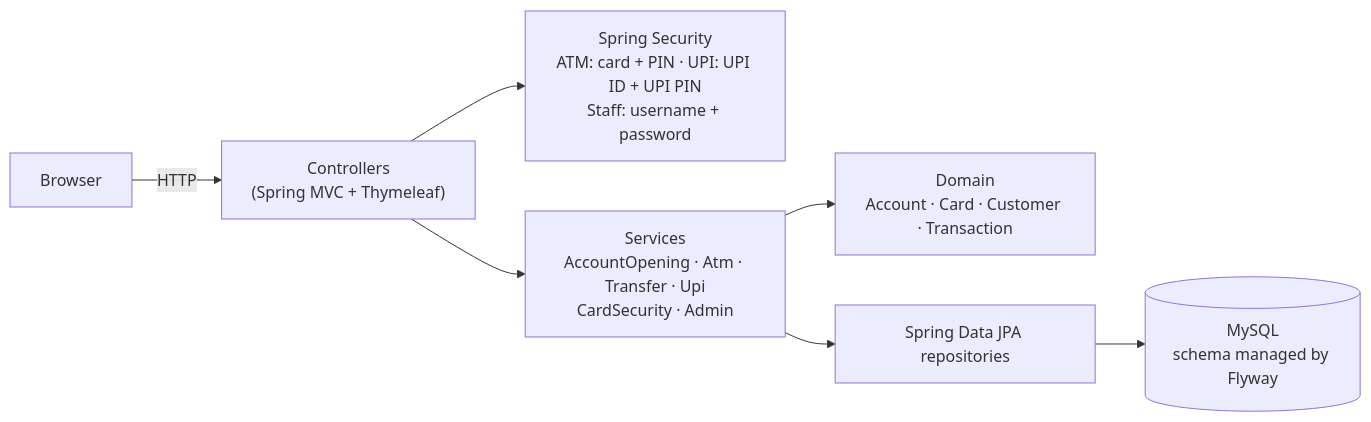
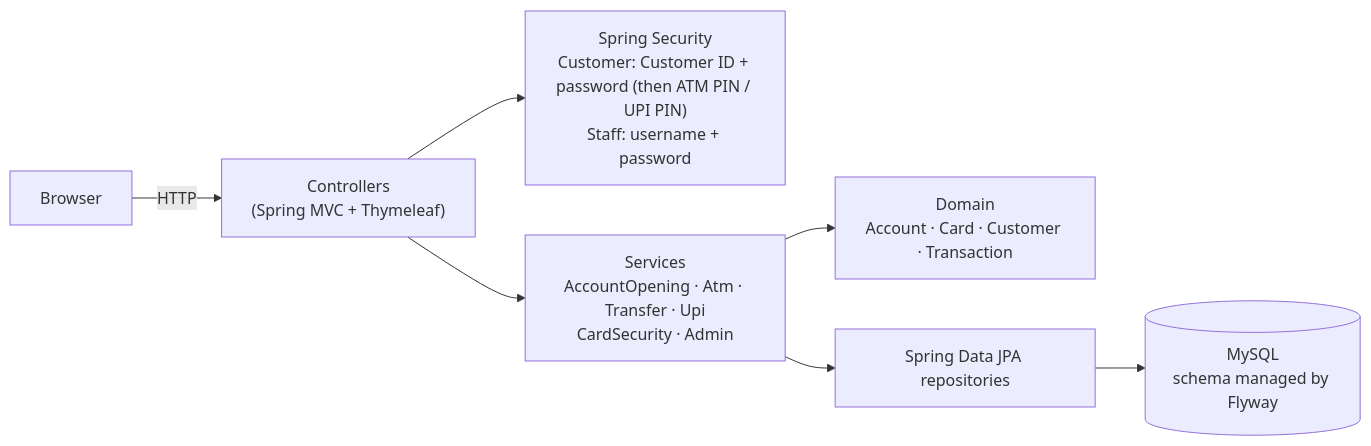
The diagram in README.md (Koustubh67/Bank-Management-System-with-Java-and-Mysql), drawn with Mermaid before and after one commit. The commit also changed other lines of this file and 53 other files, not shown here.

````diff
--- a/README.md
+++ b/README.md
@@ -83,9 +95,9 @@
 ```mermaid
 flowchart LR
     Browser -->|HTTP| Web["Controllers<br/>(Spring MVC + Thymeleaf)"]
-    Web --> Sec["Spring Security<br/>ATM: card + PIN · UPI: UPI ID + UPI PIN<br/>Staff: username + password"]
+    Web --> Sec["Spring Security<br/>Customer: Customer ID + password (then ATM PIN / UPI PIN)<br/>Staff: username + password"]
     Web --> Svc["Services<br/>AccountOpening · Atm · Transfer · Upi<br/>CardSecurity · Admin"]
     Svc --> Dom["Domain<br/>Account · Card · Customer · Transaction"]
     Svc --> Repo["Spring Data JPA repositories"]
     Repo --> DB[("MySQL<br/>schema managed by Flyway")]
 ```
````
